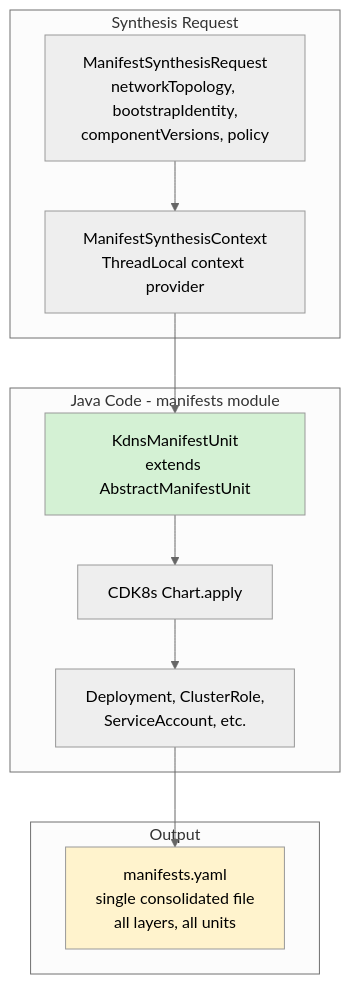
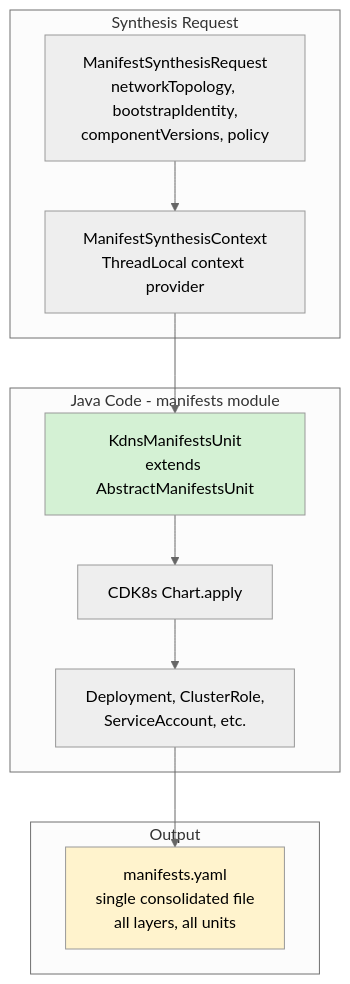
Before and after one commit to nxmatic/rke2lab: the second of 5 diagrams in docs/manifest-apply-flow.adoc, drawn with Mermaid (neutral theme). The commit also changed other lines of this file and 15 other files, not shown here.

First line of the commit message:
docs(manifests): consolidate architecture docs into hub + companions

```diff
--- a/docs/manifest-apply-flow.adoc
+++ b/docs/manifest-apply-flow.adoc
@@ -69,27 +69,27 @@
 [mermaid]
 ....
 graph TB
     subgraph "Java Code - manifests module"
-        UNIT[KdnsManifestUnit<br/>extends AbstractManifestUnit]
+        UNIT[KdnsManifestsUnit<br/>extends AbstractManifestsUnit]
         CDK8S[CDK8s Chart.apply]
         RESOURCES[Deployment, ClusterRole,<br/>ServiceAccount, etc.]
     end
 
     subgraph "Synthesis Request"
         REQ[ManifestSynthesisRequest<br/>networkTopology, bootstrapIdentity,<br/>componentVersions, policy]
         CONTEXT[ManifestSynthesisContext<br/>ThreadLocal context provider]
     end
 
     subgraph "Output"
         CONSOLIDATED[manifests.yaml<br/>single consolidated file<br/>all layers, all units]
     end
 
     REQ --> CONTEXT
     CONTEXT --> UNIT
     UNIT --> CDK8S
     CDK8S --> RESOURCES
     RESOURCES --> CONSOLIDATED
 
     style UNIT fill:#d4f1d4
     style CONSOLIDATED fill:#fff3cd
 ....
```
